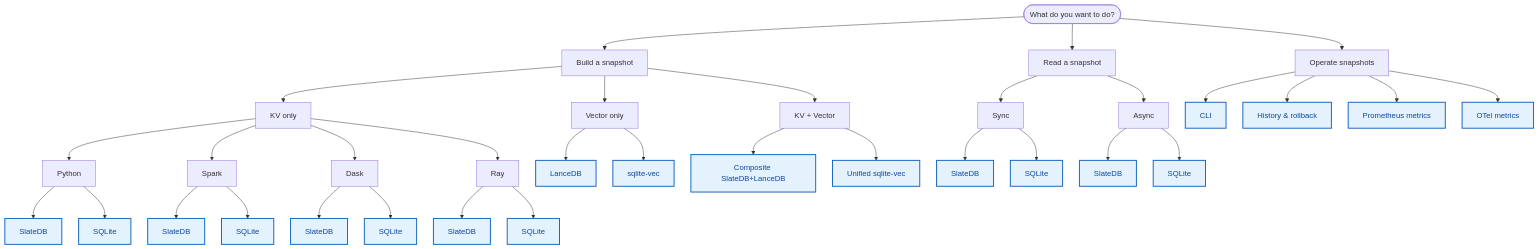
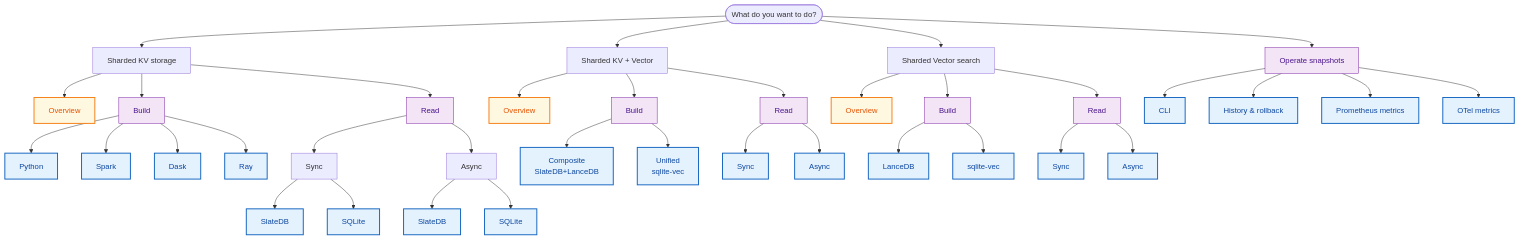
Before and after one commit to elkin/shardyfusion: the diagram in docs/index.md, drawn with Mermaid. The commit also changed other lines of this file and 47 other files, not shown here.

First line of the commit message:
docs: reorganize use-cases into tree with overviews and restored diagrams

````diff
--- a/docs/index.md
+++ b/docs/index.md
@@ -14,69 +14,85 @@
 ```mermaid
-%%{init: {'flowchart': {'nodeSpacing': 35, 'rankSpacing': 55, 'htmlLabels': true}, 'themeVariables': {'fontSize': '16px'}}}%%
 flowchart TD
   ROOT([What do you want to do?])
 
-  ROOT --> BUILD[Build a snapshot]
-  ROOT --> READ[Read a snapshot]
+  ROOT --> KV[Sharded KV storage]
+  ROOT --> KVV[Sharded KV + Vector]
+  ROOT --> VEC[Sharded Vector search]
   ROOT --> OP[Operate snapshots]
 
-  BUILD --> KV[KV only]
-  BUILD --> VEC[Vector only]
-  BUILD --> KVV[KV + Vector]
+  KV --> KV_OV[Overview]
+  KV --> KV_BUILD[Build]
+  KV --> KV_READ[Read]
 
-  KV --> KV_PY[Python]
-  KV --> KV_SP[Spark]
-  KV --> KV_DK[Dask]
-  KV --> KV_RY[Ray]
+  KV_BUILD --> KV_PY[Python]
+  KV_BUILD --> KV_SP[Spark]
+  KV_BUILD --> KV_DK[Dask]
+  KV_BUILD --> KV_RY[Ray]
 
-  KV_PY --> KV_PY_SL[SlateDB]
-  KV_PY --> KV_PY_SQ[SQLite]
-  KV_SP --> KV_SP_SL[SlateDB]
-  KV_SP --> KV_SP_SQ[SQLite]
-  KV_DK --> KV_DK_SL[SlateDB]
-  KV_DK --> KV_DK_SQ[SQLite]
-  KV_RY --> KV_RY_SL[SlateDB]
-  KV_RY --> KV_RY_SQ[SQLite]
+  KV_READ --> KV_RD_SY[Sync]
+  KV_READ --> KV_RD_AS[Async]
+  KV_RD_SY --> KV_RD_SY_SL[SlateDB]
+  KV_RD_SY --> KV_RD_SY_SQ[SQLite]
+  KV_RD_AS --> KV_RD_AS_SL[SlateDB]
+  KV_RD_AS --> KV_RD_AS_SQ[SQLite]
 
-  VEC --> VEC_LN[LanceDB]
-  VEC --> VEC_SV[sqlite-vec]
+  KVV --> KVV_OV[Overview]
+  KVV --> KVV_BUILD[Build]
+  KVV --> KVV_READ[Read]
 
-  KVV --> KVV_CO[Composite SlateDB+LanceDB]
-  KVV --> KVV_UN[Unified sqlite-vec]
+  KVV_BUILD --> KVV_CO[Composite<br/>SlateDB+LanceDB]
+  KVV_BUILD --> KVV_UN[Unified<br/>sqlite-vec]
 
-  READ --> RD_SY[Sync]
-  READ --> RD_AS[Async]
-  RD_SY --> RD_SY_SL[SlateDB]
-  RD_SY --> RD_SY_SQ[SQLite]
-  RD_AS --> RD_AS_SL[SlateDB]
-  RD_AS --> RD_AS_SQ[SQLite]
+  KVV_READ --> KVV_RD_SY[Sync]
+  KVV_READ --> KVV_RD_AS[Async]
+
+  VEC --> VEC_OV[Overview]
+  VEC --> VEC_BUILD[Build]
+  VEC --> VEC_READ[Read]
+
+  VEC_BUILD --> VEC_LN[LanceDB]
+  VEC_BUILD --> VEC_SV[sqlite-vec]
+
+  VEC_READ --> VEC_RD_SY[Sync]
+  VEC_READ --> VEC_RD_AS[Async]
 
   OP --> OP_CLI[CLI]
-  OP --> OP_HIST[History & rollback]
+  OP --> OP_HIST[History &amp; rollback]
   OP --> OP_PROM[Prometheus metrics]
   OP --> OP_OTEL[OTel metrics]
 
-  classDef leaf fill:#e3f2fd,stroke:#1565c0,stroke-width:2px,color:#0d47a1,cursor:pointer;
-  class KV_PY_SL,KV_PY_SQ,KV_SP_SL,KV_SP_SQ,KV_DK_SL,KV_DK_SQ,KV_RY_SL,KV_RY_SQ,VEC_LN,VEC_SV,KVV_CO,KVV_UN,RD_SY_SL,RD_SY_SQ,RD_AS_SL,RD_AS_SQ,OP_CLI,OP_HIST,OP_PROM,OP_OTEL leaf;
+  classDef leaf fill:#e3f2fd,stroke:#1565c0,stroke-width:2,color:#0d47a1;
+  classDef overview fill:#fff8e1,stroke:#f57f17,stroke-width:2,color:#e65100;
+  classDef branch fill:#f3e5f5,stroke:#7b1fa2,stroke-width:1,color:#4a148c;
 
-  click KV_PY_SL "use-cases/build-python-slatedb/"
-  click KV_PY_SQ "use-cases/build-python-sqlite/"
-  click KV_SP_SL "use-cases/build-spark-slatedb/"
-  click KV_SP_SQ "use-cases/build-spark-sqlite/"
-  click KV_DK_SL "use-cases/build-dask-slatedb/"
-  click KV_DK_SQ "use-cases/build-dask-sqlite/"
-  click KV_RY_SL "use-cases/build-ray-slatedb/"
-  click KV_RY_SQ "use-cases/build-ray-sqlite/"
-  click VEC_LN "use-cases/build-vector-lancedb-standalone/"
-  click VEC_SV "use-cases/build-vector-sqlite-vec-standalone/"
-  click KVV_CO "use-cases/build-python-slatedb-lancedb/"
-  click KVV_UN "use-cases/build-python-sqlite-vec/"
-  click RD_SY_SL "use-cases/read-sync-slatedb/"
-  click RD_SY_SQ "use-cases/read-sync-sqlite/"
-  click RD_AS_SL "use-cases/read-async-slatedb/"
-  click RD_AS_SQ "use-cases/read-async-sqlite/"
-  click OP_CLI "use-cases/operate-cli/"
-  click OP_HIST "use-cases/operate-manifest-history-and-rollback/"
-  click OP_PROM "use-cases/operate-prometheus-metrics/"
-  click OP_OTEL "use-cases/operate-otel-metrics/"
+  class KV_PY,KV_SP,KV_DK,KV_RY,KV_RD_SY_SL,KV_RD_SY_SQ,KV_RD_AS_SL,KV_RD_AS_SQ,KVV_CO,KVV_UN,KVV_RD_SY,KVV_RD_AS,VEC_LN,VEC_SV,VEC_RD_SY,VEC_RD_AS,OP_CLI,OP_HIST,OP_PROM,OP_OTEL leaf;
+  class KV_OV,KVV_OV,VEC_OV overview;
+  class KV_BUILD,KV_READ,KVV_BUILD,KVV_READ,VEC_BUILD,VEC_READ,OP branch;
+
+  click KV_OV href "use-cases/kv-storage/overview/"
+  click KV_PY href "use-cases/kv-storage/build/python/"
+  click KV_SP href "use-cases/kv-storage/build/spark/"
+  click KV_DK href "use-cases/kv-storage/build/dask/"
+  click KV_RY href "use-cases/kv-storage/build/ray/"
+  click KV_RD_SY_SL href "use-cases/kv-storage/read/sync/slatedb/"
+  click KV_RD_SY_SQ href "use-cases/kv-storage/read/sync/sqlite/"
+  click KV_RD_AS_SL href "use-cases/kv-storage/read/async/slatedb/"
+  click KV_RD_AS_SQ href "use-cases/kv-storage/read/async/sqlite/"
+
+  click KVV_OV href "use-cases/kv-vector/overview/"
+  click KVV_CO href "use-cases/kv-vector/build/composite/"
+  click KVV_UN href "use-cases/kv-vector/build/unified/"
+  click KVV_RD_SY href "use-cases/kv-vector/read/sync/"
+  click KVV_RD_AS href "use-cases/kv-vector/read/async/"
+
+  click VEC_OV href "use-cases/vector/overview/"
+  click VEC_LN href "use-cases/vector/build/lancedb/"
+  click VEC_SV href "use-cases/vector/build/sqlite-vec/"
+  click VEC_RD_SY href "use-cases/vector/read/sync/"
+  click VEC_RD_AS href "use-cases/vector/read/async/"
+
+  click OP_CLI href "operate/cli/"
+  click OP_HIST href "operate/history-rollback/"
+  click OP_PROM href "operate/prometheus-metrics/"
+  click OP_OTEL href "operate/otel-metrics/"
 ```
````
